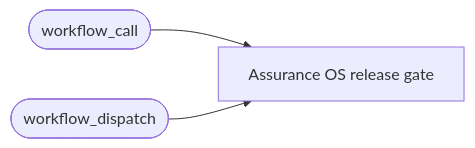
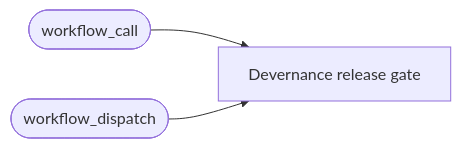
One commit to SVamseekar/devernance changed the ninth of 9 diagrams in docs/diagrams/README.md. Above: the diagram before and after it, drawn with Mermaid. The commit also changed 122 other files, not shown here.

First line of the commit message:
chore: rename EU AI Assurance OS to Devernance (#109)

````diff
--- a/docs/diagrams/README.md
+++ b/docs/diagrams/README.md
@@ -198,8 +198,8 @@
 ```mermaid
 flowchart LR
   trigger_0(["workflow_call"])
   trigger_1(["workflow_dispatch"])
-  release_gate["Assurance OS release gate"]
+  release_gate["Devernance release gate"]
   trigger_0 --> release_gate
   trigger_1 --> release_gate
 ```
````
